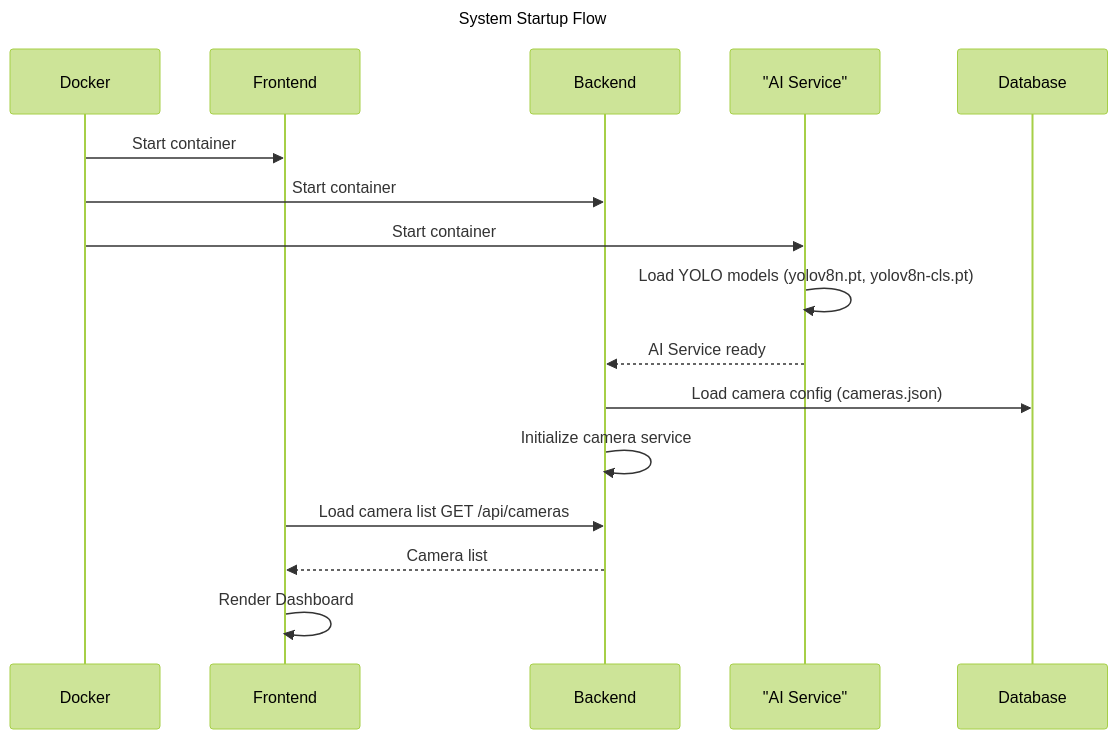
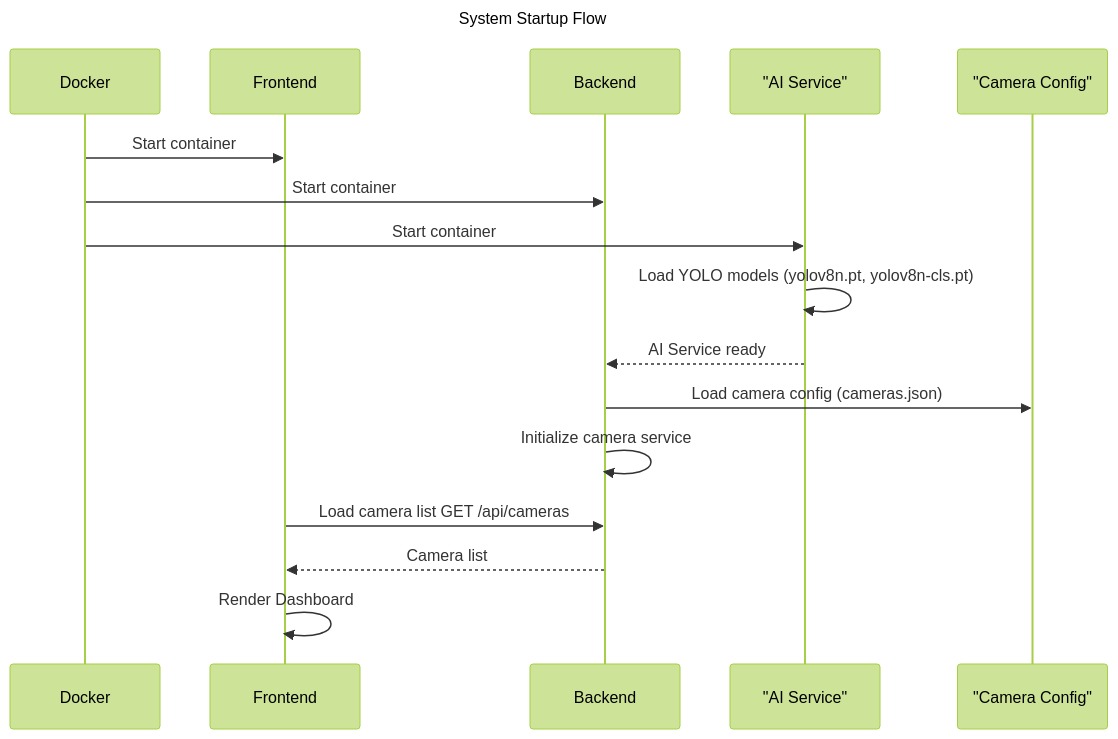
Before and after one commit to yaweiyang-sz/EASYAI: diagram 14 of 16 in design/03-sequence-diagrams.md, drawn with Mermaid (forest theme). The commit also changed other lines of this file and 3 other files, not shown here.

````diff
--- a/design/03-sequence-diagrams.md
+++ b/design/03-sequence-diagrams.md
@@ -285,23 +335,23 @@
 ```mermaid
 sequenceDiagram
     title System Startup Flow
     participant Docker
     participant Frontend
     participant Backend
     participant "AI Service"
-    participant Database
+    participant "Camera Config"
 
     Docker->>Frontend: Start container
     Docker->>Backend: Start container
     Docker->>"AI Service": Start container
 
     "AI Service"->>"AI Service": Load YOLO models (yolov8n.pt, yolov8n-cls.pt)
     "AI Service"-->>Backend: AI Service ready
 
-    Backend->>Database: Load camera config (cameras.json)
+    Backend->>"Camera Config": Load camera config (cameras.json)
     Backend->>Backend: Initialize camera service
 
     Frontend->>Backend: Load camera list GET /api/cameras
     Backend-->>Frontend: Camera list
     Frontend->>Frontend: Render Dashboard
 ```
````
